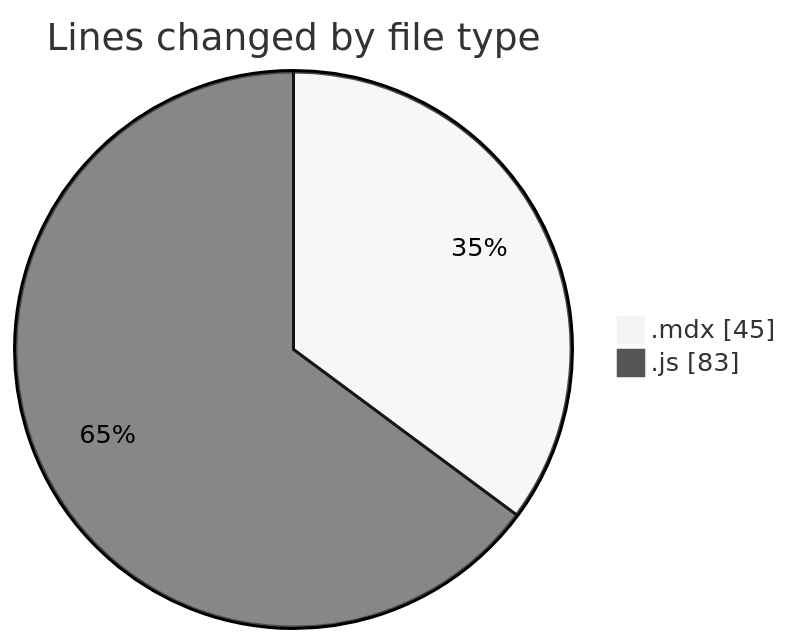
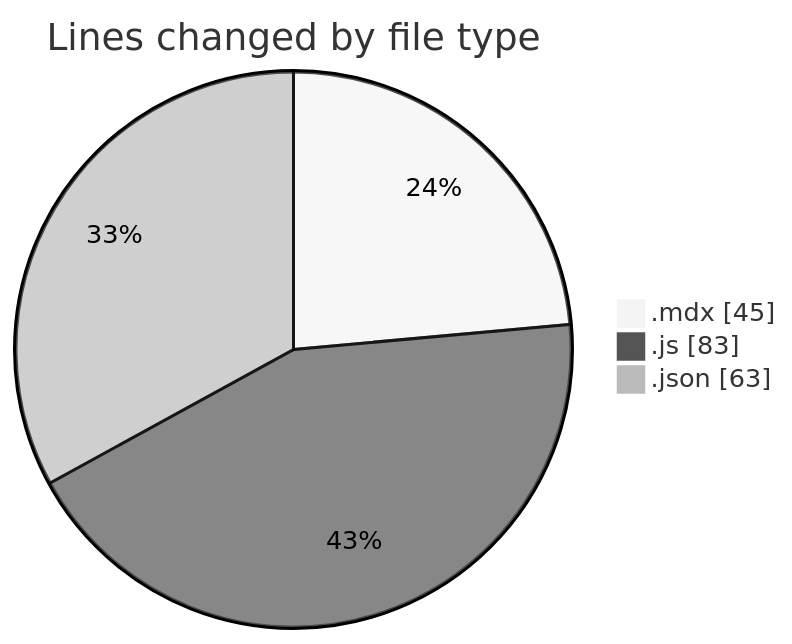
One commit to momahboobian/code-tracking changed the first of 2 diagrams in 2026-08-13/cda/README.md. Above: the diagram before and after it, drawn with Mermaid (neutral theme). The commit also changed other lines of this file and 1 other file, not shown here.

````diff
--- a/2026-08-13/cda/README.md
+++ b/2026-08-13/cda/README.md
@@ -21,6 +22,7 @@
 ```mermaid
 pie showData
 title Lines changed by file type
 ".mdx" : 45
 ".js" : 83
+".json" : 63
 ```
````
